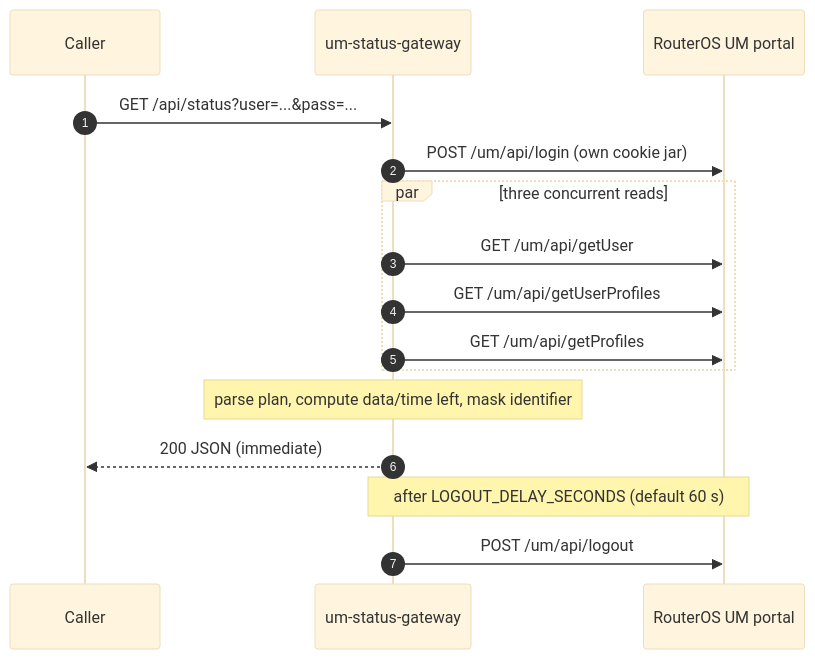
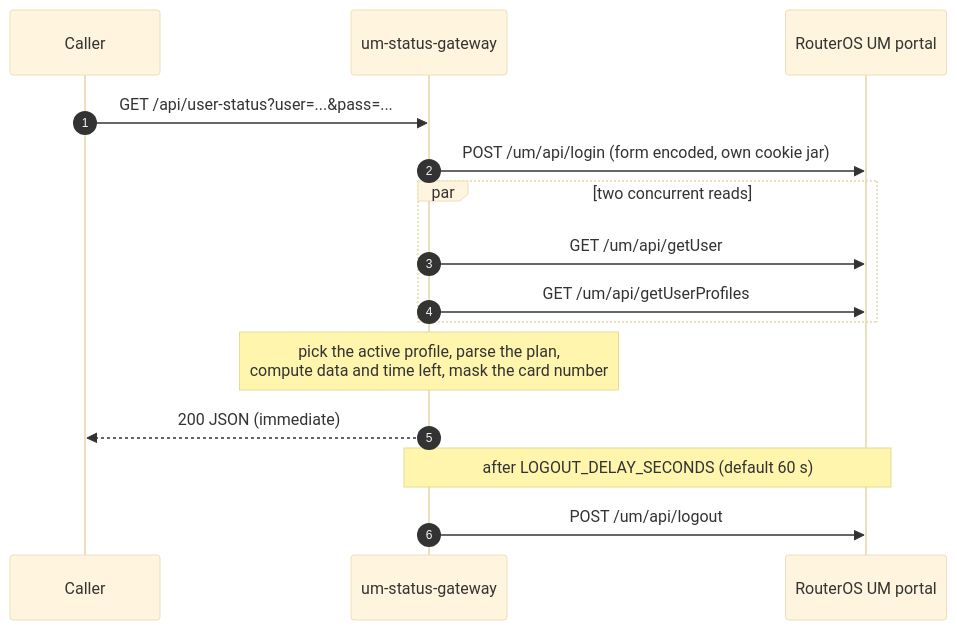
The diagram in README.md (Hashed-Albaham/mikrotik-um-gateway), drawn with Mermaid (base theme) before and after one commit. The commit also changed other lines of this file and 11 other files, not shown here.

````diff
--- a/README.md
+++ b/README.md
@@ -11,19 +11,18 @@
 ```mermaid
 sequenceDiagram
     autonumber
     participant Caller
     participant Gateway as um-status-gateway
     participant UM as RouterOS UM portal
 
-    Caller->>Gateway: GET /api/status?user=...&pass=...
-    Gateway->>UM: POST /um/api/login (own cookie jar)
-    par three concurrent reads
+    Caller->>Gateway: GET /api/user-status?user=...&pass=...
+    Gateway->>UM: POST /um/api/login (form encoded, own cookie jar)
+    par two concurrent reads
         Gateway->>UM: GET /um/api/getUser
         Gateway->>UM: GET /um/api/getUserProfiles
-        Gateway->>UM: GET /um/api/getProfiles
     end
-    Note over Gateway: parse plan, compute data/time left, mask identifier
+    Note over Gateway: pick the active profile, parse the plan,<br/>compute data and time left, mask the card number
     Gateway-->>Caller: 200 JSON (immediate)
     Note over Gateway,UM: after LOGOUT_DELAY_SECONDS (default 60 s)
     Gateway->>UM: POST /um/api/logout
 ```
````
